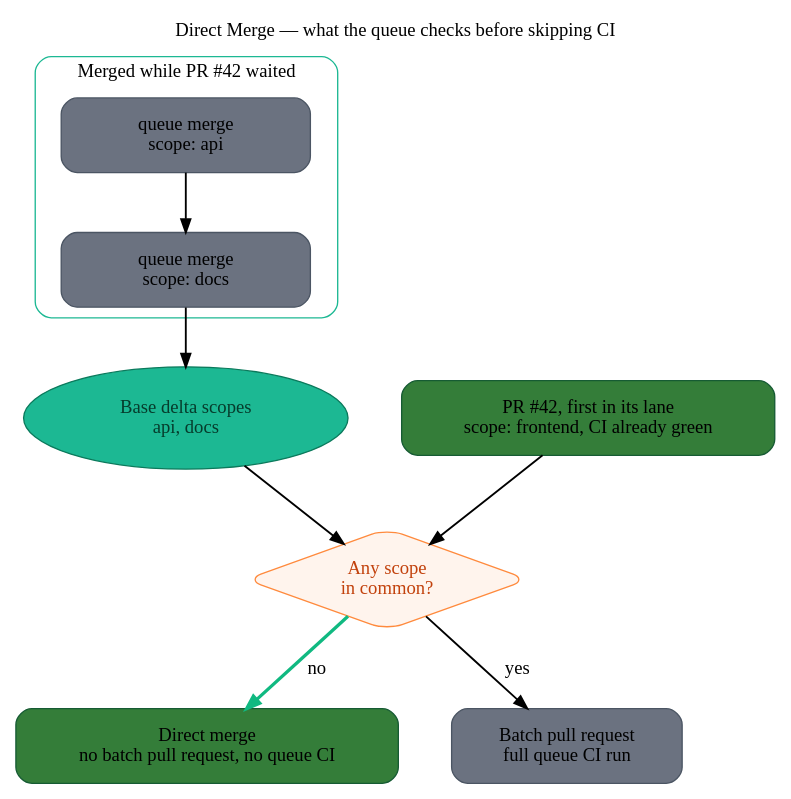
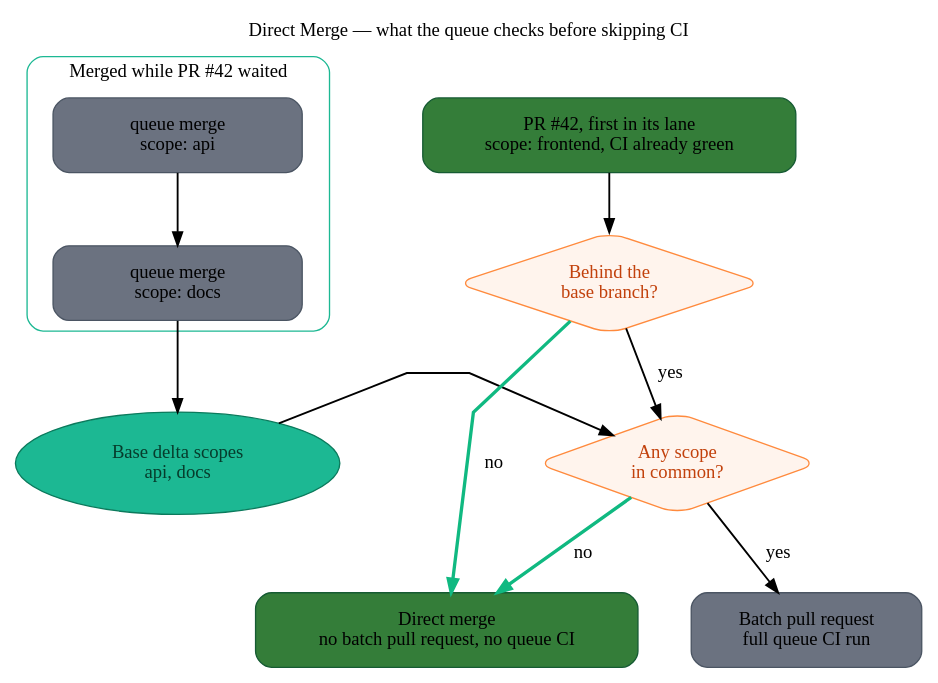
One commit to Mergifyio/docs changed the diagram in src/content/docs/merge-queue/direct-merge.mdx. Above: the diagram before and after it, drawn with Graphviz. The commit also changed other lines of this file and 1 other file, not shown here.

First line of the commit message:
docs(merge-queue): document both halves of Direct Merge (#12575)

````diff
--- a/src/content/docs/merge-queue/direct-merge.mdx
+++ b/src/content/docs/merge-queue/direct-merge.mdx
@@ -22,45 +30,51 @@
 ```dot class="graph"
 strict digraph {
   rankdir="TB";
   label="Direct Merge — what the queue checks before skipping CI";
   labelloc="t";
   nodesep=0.55;
   ranksep=0.6;
   splines=polyline;
 
   node [shape=box, style="rounded,filled", margin="0.28,0.18"];
   edge [penwidth=1.4];
 
   subgraph cluster_base {
     style="rounded";
     color="#1CB893";
     label="Merged while PR #42 waited";
 
     M1 [label="queue merge\nscope: api", fillcolor="#6B7280", color="#4B5563", width=2.6];
     M2 [label="queue merge\nscope: docs", fillcolor="#6B7280", color="#4B5563", width=2.6];
     M1 -> M2;
   }
 
   DELTA [shape=oval, margin="0.3,0.16", fillcolor="#1CB893", fontcolor="#063C2C",
          color="#0B7A5C", label="Base delta scopes\napi, docs"];
 
   PR [label="PR #42, first in its lane\nscope: frontend, CI already green",
       fillcolor="#347D39", color="#165B33"];
 
-  Q [shape=diamond, margin="0.14,0.06", fillcolor="#FFF4ED", color="#FF8A3D",
-     fontcolor="#C2410C", label="Any scope\nin common?"];
+  Q1 [shape=diamond, margin="0.14,0.06", fillcolor="#FFF4ED", color="#FF8A3D",
+      fontcolor="#C2410C", label="Behind the\nbase branch?"];
+
+  Q2 [shape=diamond, margin="0.14,0.06", fillcolor="#FFF4ED", color="#FF8A3D",
+      fontcolor="#C2410C", label="Any scope\nin common?"];
 
   DIRECT [label="Direct merge\nno batch pull request, no queue CI",
           fillcolor="#347D39", color="#165B33"];
   QUEUE [label="Batch pull request\nfull queue CI run",
          fillcolor="#6B7280", color="#4B5563"];
 
   M2 -> DELTA;
-  DELTA -> Q;
-  PR -> Q;
-  Q -> DIRECT [label="  no", color="#10B981", penwidth=2.5];
-  Q -> QUEUE [label="  yes"];
+  PR -> Q1;
+  Q1 -> DIRECT [label="  no", color="#10B981", penwidth=2.5];
+  Q1 -> Q2 [label="  yes"];
+  DELTA -> Q2;
+  Q2 -> DIRECT [label="  no", color="#10B981", penwidth=2.5];
+  Q2 -> QUEUE [label="  yes"];
 
+  { rank=same; Q2; DELTA; }
   { rank=same; DIRECT; QUEUE; }
 }
 ```
````
